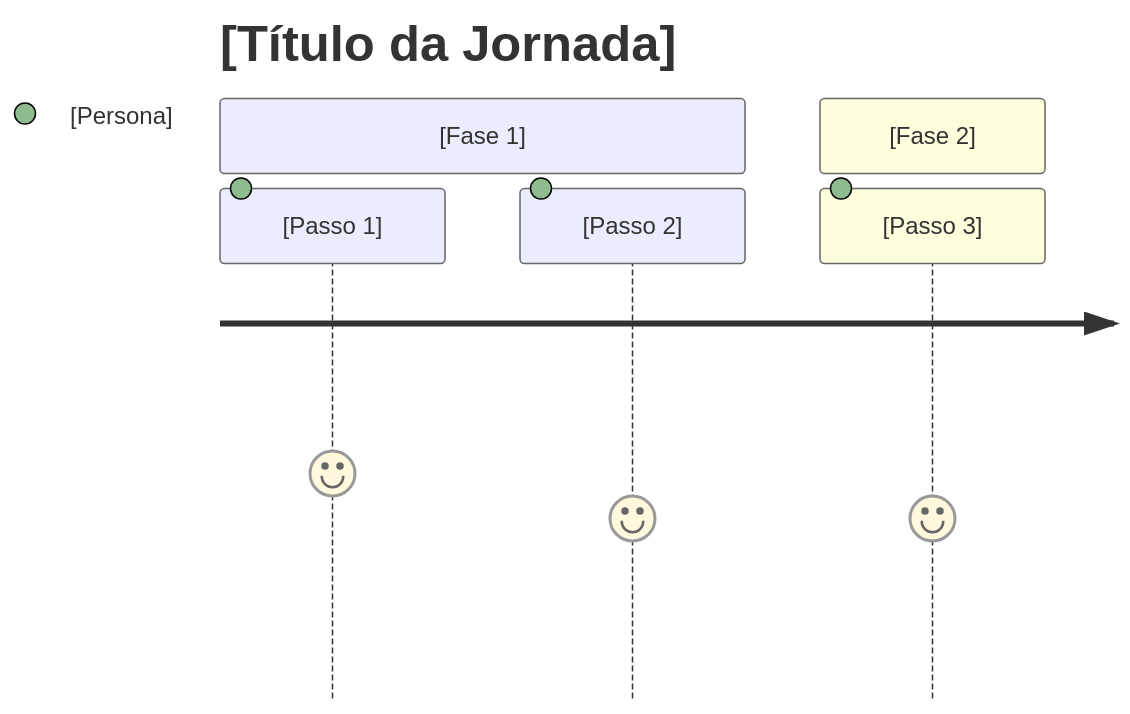
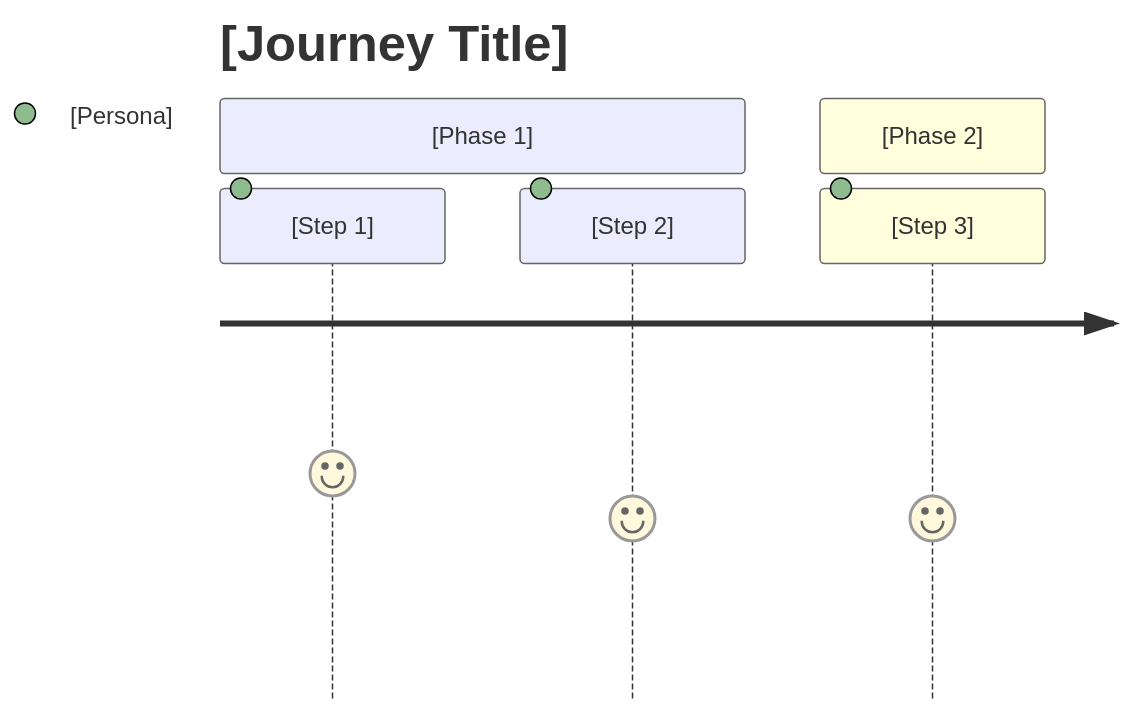
One commit to hugo-hsbtech/teamwork-process changed the first of 2 diagrams in templates/product-backlog.md. Above: the diagram before and after it, drawn with Mermaid. The commit also changed other lines of this file and 63 other files, not shown here.

````diff
--- a/templates/product-backlog.md
+++ b/templates/product-backlog.md
@@ -39,9 +39,9 @@
 ```mermaid
 journey
-    title [Título da Jornada]
-    section [Fase 1]
-        [Passo 1]: 5: [Persona]
-        [Passo 2]: 4: [Persona]
-    section [Fase 2]
-        [Passo 3]: 4: [Persona]
+    title [Journey Title]
+    section [Phase 1]
+        [Step 1]: 5: [Persona]
+        [Step 2]: 4: [Persona]
+    section [Phase 2]
+        [Step 3]: 4: [Persona]
 ```
````
